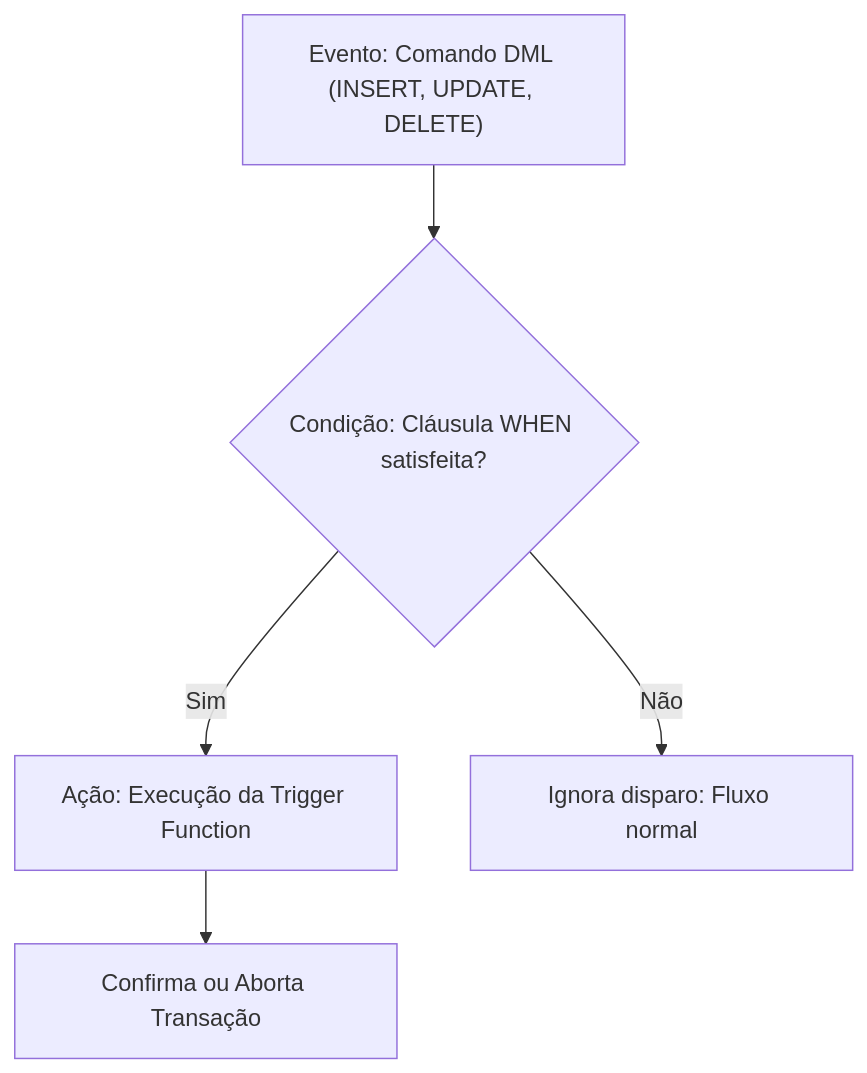
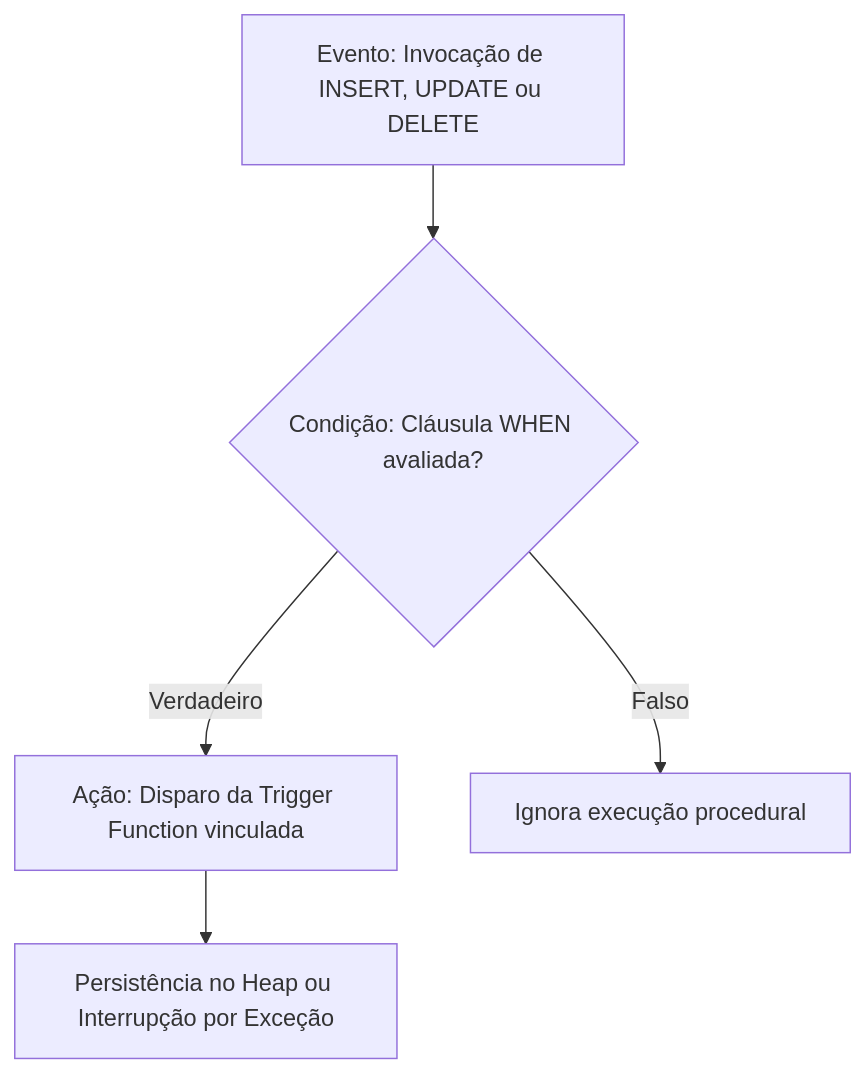
Before and after one commit to murilolol/unifef: diagram 11 of 15 in 4º Semestre/[Prof. Welington Garcia] Tópicos Avançados em Banco de Dados/Resumos-IA/Simulados-Comentados.md, drawn with Mermaid. The commit also changed other lines of this file and 18 other files, not shown here.

````diff
--- a/4º Semestre/[Prof. Welington Garcia] Tópicos Avançados em Banco de Dados/Resumos-IA/Simulados-Comentados.md
+++ b/4º Semestre/[Prof. Welington Garcia] Tópicos Avançados em Banco de Dados/Resumos-IA/Simulados-Comentados.md
@@ -1191,7 +906,7 @@
 ```mermaid
 flowchart TD
-    E["Evento: Comando DML (INSERT, UPDATE, DELETE)"] --> C{"Condição: Cláusula WHEN satisfeita?"}
-    C -->|"Sim"| A["Ação: Execução da Trigger Function"]
-    C -->|"Não"| D["Ignora disparo: Fluxo normal"]
-    A --> Res["Confirma ou Aborta Transação"]
+  E["Evento: Invocação de INSERT, UPDATE ou DELETE"] --> C{"Condição: Cláusula WHEN avaliada?"}
+  C -- Verdadeiro --> A["Ação: Disparo da Trigger Function vinculada"]
+  C -- Falso --> Discard["Ignora execução procedural"]
+  A --> Fim["Persistência no Heap ou Interrupção por Exceção"]
 ```
````
